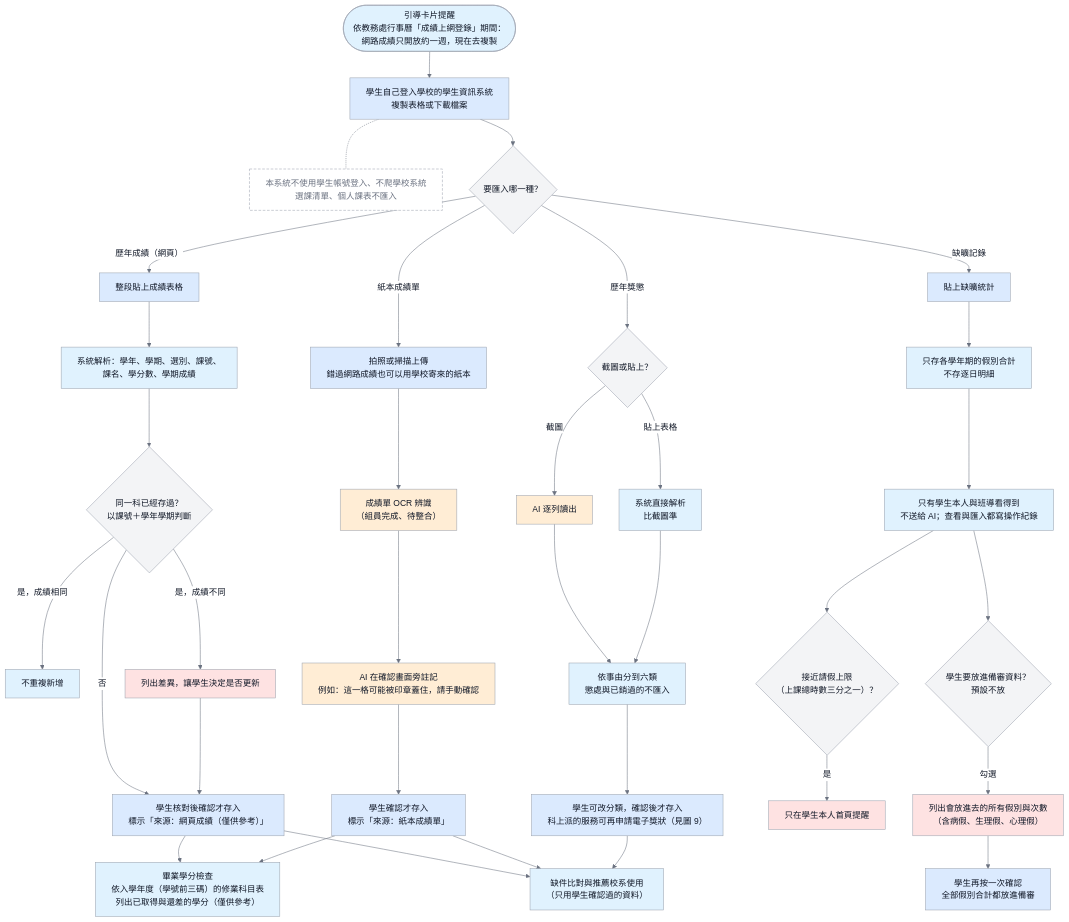
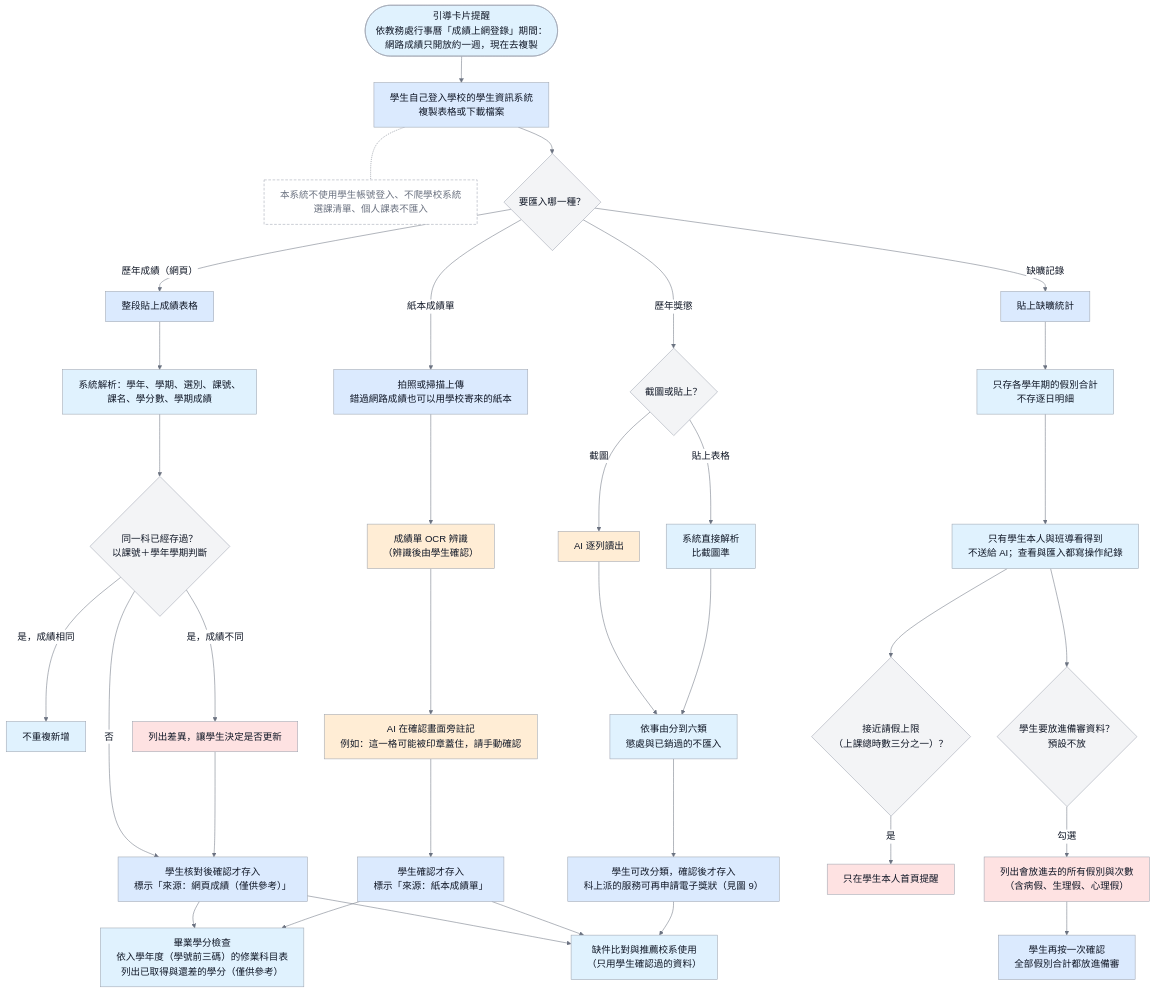
One commit to vujhdcusa/1028 changed the diagram in docs/images/D-21-school-data-import-flow.mmd. Above: the diagram before and after it, drawn with Mermaid. The commit also changed 79 other files, not shown here.

First line of the commit message:
雲端副本符合度檢查與排版修正；提交 GPT 未提交的流程圖；修正圖 26、32；流程圖大全簡報補齊圖片

```diff
--- a/docs/images/D-21-school-data-import-flow.mmd
+++ b/docs/images/D-21-school-data-import-flow.mmd
@@ -1,46 +1,46 @@
-%%{init: {'theme':'base','themeVariables': {'fontFamily':'Microsoft JhengHei, Noto Sans TC, Arial, sans-serif','primaryColor':'#F3F4F6','primaryTextColor':'#111827','primaryBorderColor':'#9CA3AF','lineColor':'#6B7280','edgeLabelBackground':'#FFFFFF'},'flowchart':{'wrappingWidth':400}}}%%
+%%{init: {'theme':'base','themeVariables': {'fontSize':'18px','fontFamily':'DFKai-SB, BiauKai, serif','primaryColor':'#F3F4F6','primaryTextColor':'#111827','primaryBorderColor':'#9CA3AF','lineColor':'#6B7280','edgeLabelBackground':'#FFFFFF'},'flowchart':{'wrappingWidth':400}}}%%
 flowchart TD
     classDef student fill:#DBEAFE,stroke:#9CA3AF,color:#111827,stroke-width:1px;
     classDef teacher fill:#DCFCE7,stroke:#9CA3AF,color:#111827,stroke-width:1px;
     classDef system fill:#E0F2FE,stroke:#9CA3AF,color:#111827,stroke-width:1px;
     classDef ai fill:#FFEDD5,stroke:#9CA3AF,color:#111827,stroke-width:1px;
     classDef alert fill:#FEE2E2,stroke:#9CA3AF,color:#111827,stroke-width:1px;
     classDef note fill:#FFFFFF,stroke:#9CA3AF,color:#6B7280,stroke-width:1px,stroke-dasharray:5 3;
 
     Card([引導卡片提醒<br/>依教務處行事曆「成績上網登錄」期間：<br/>網路成績只開放約一週，現在去複製]):::system --> Login[學生自己登入學校的學生資訊系統<br/>複製表格或下載檔案]:::student
     Login -.- Rule[本系統不使用學生帳號登入、不爬學校系統<br/>選課清單、個人課表不匯入]:::note
     Login --> Kind{要匯入哪一種？}
 
     Kind -- 歷年成績（網頁） --> PasteGrade[整段貼上成績表格]:::student
     PasteGrade --> ParseGrade[系統解析：學年、學期、選別、課號、<br/>課名、學分數、學期成績]:::system
     ParseGrade --> Dup{同一科已經存過？<br/>以課號＋學年學期判斷}
     Dup -- 是，成績相同 --> Skip[不重複新增]:::system
     Dup -- 是，成績不同 --> Diff[列出差異，讓學生決定是否更新]:::alert
     Dup -- 否 --> GradeConfirm
     Diff --> GradeConfirm[學生核對後確認才存入<br/>標示「來源：網頁成績（僅供參考）」]:::student
     Kind -- 紙本成績單 --> Paper[拍照或掃描上傳<br/>錯過網路成績也可以用學校寄來的紙本]:::student
-    Paper --> OCR[成績單 OCR 辨識<br/>（組員完成、待整合）]:::ai
+    Paper --> OCR[成績單 OCR 辨識<br/>（辨識後由學生確認）]:::ai
     OCR --> OCRNote[AI 在確認畫面旁註記<br/>例如：這一格可能被印章蓋住，請手動確認]:::ai
     OCRNote --> PaperConfirm[學生確認才存入<br/>標示「來源：紙本成績單」]:::student
 
     Kind -- 歷年獎懲 --> AwardWay{截圖或貼上？}
     AwardWay -- 截圖 --> AwardAI[AI 逐列讀出]:::ai
     AwardWay -- 貼上表格 --> AwardParse[系統直接解析<br/>比截圖準]:::system
     AwardAI --> AwardSort[依事由分到六類<br/>懲處與已銷過的不匯入]:::system
     AwardParse --> AwardSort
     AwardSort --> AwardConfirm[學生可改分類，確認後才存入<br/>科上派的服務可再申請電子獎狀（見圖 9）]:::student
 
     Kind -- 缺曠記錄 --> PasteAbs[貼上缺曠統計]:::student
     PasteAbs --> AbsSum[只存各學年期的假別合計<br/>不存逐日明細]:::system
     AbsSum --> AbsSee[只有學生本人與班導看得到<br/>不送給 AI；查看與匯入都寫操作紀錄]:::system
     AbsSee --> AbsWarn{接近請假上限<br/>（上課總時數三分之一）？}
     AbsWarn -- 是 --> AbsAlert[只在學生本人首頁提醒]:::alert
     AbsSee --> AbsPkg{學生要放進備審資料？<br/>預設不放}
     AbsPkg -- 勾選 --> AbsShow[列出會放進去的所有假別與次數<br/>（含病假、生理假、心理假）]:::alert
     AbsShow --> AbsOK[學生再按一次確認<br/>全部假別合計都放進備審]:::student
 
     GradeConfirm --> Check[畢業學分檢查<br/>依入學年度（學號前三碼）的修業科目表<br/>列出已取得與還差的學分（僅供參考）]:::system
     PaperConfirm --> Check
     GradeConfirm --> Gap[缺件比對與推薦校系使用<br/>（只用學生確認過的資料）]:::system
     PaperConfirm --> Gap
     AwardConfirm --> Gap
```
